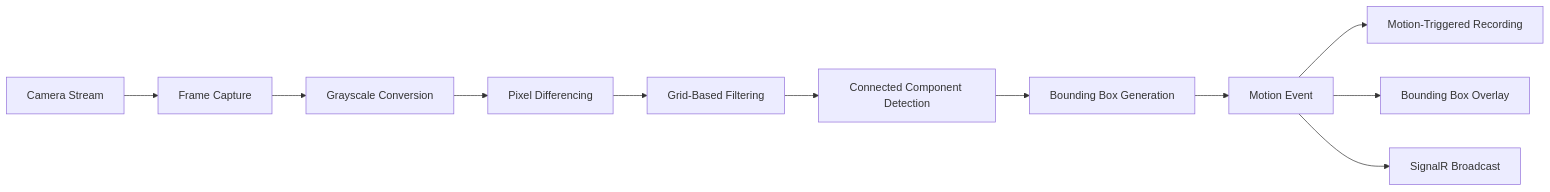
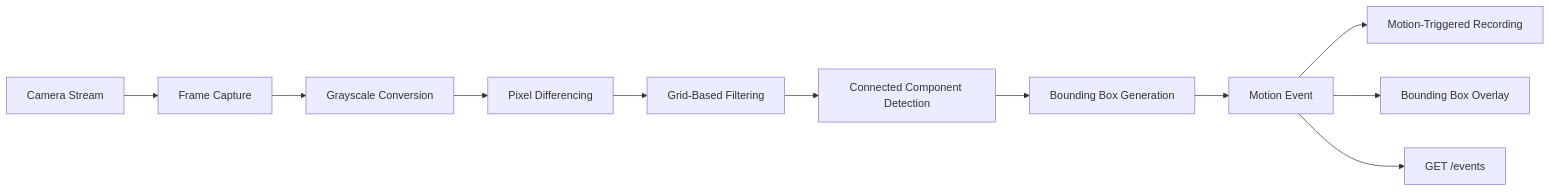
Before and after one commit to davidkallesen/AtcSoft.VideoSurveillance: the first of 2 diagrams in docs/motion-detection.md, drawn with Mermaid. The commit also changed other lines of this file and 66 other files, not shown here.

````diff
--- a/docs/motion-detection.md
+++ b/docs/motion-detection.md
@@ -9,13 +9,13 @@
 ```mermaid
 graph LR
     Stream["Camera Stream"] --> Capture["Frame Capture"]
     Capture --> Grayscale["Grayscale Conversion"]
     Grayscale --> Diff["Pixel Differencing"]
     Diff --> Grid["Grid-Based Filtering"]
     Grid --> Cluster["Connected Component Detection"]
     Cluster --> BBox["Bounding Box Generation"]
     BBox --> Event["Motion Event"]
     Event --> Recording["Motion-Triggered Recording"]
     Event --> UI["Bounding Box Overlay"]
-    Event --> SignalR["SignalR Broadcast"]
+    Event --> Events["GET /events"]
 ```
````
